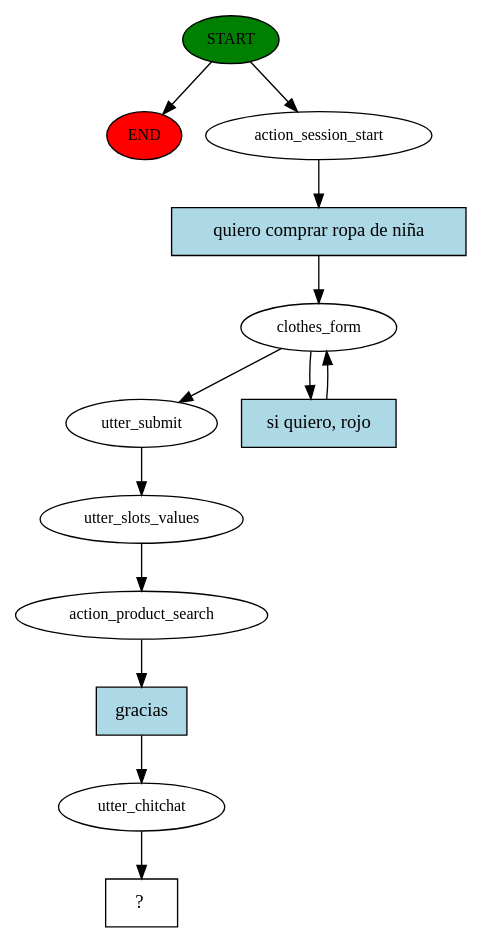
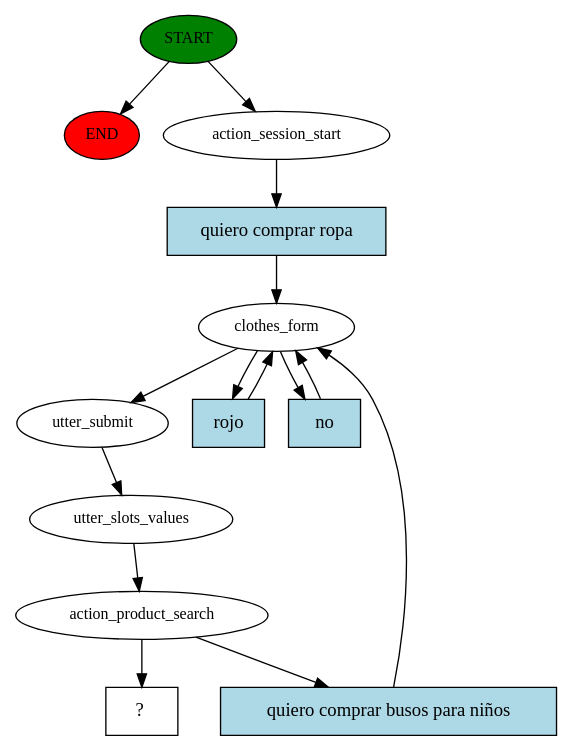
The diagram in chatbot/story_graph.dot (kabirivan/ChatBot-Clothes), drawn with Graphviz before and after one commit. The commit also changed 4 other files, not shown here.

```diff
--- a/chatbot/story_graph.dot
+++ b/chatbot/story_graph.dot
@@ -1,26 +1,28 @@
 digraph  {
 0 [class="start active", fillcolor=green, fontsize=12, label=START, style=filled];
 "-1" [class=end, fillcolor=red, fontsize=12, label=END, style=filled];
 1 [class=active, fontsize=12, label=action_session_start];
 2 [class=active, fontsize=12, label=clothes_form];
-6 [class=active, fontsize=12, label=utter_submit];
-7 [class=active, fontsize=12, label=utter_slots_values];
-8 [class=active, fontsize=12, label=action_product_search];
-9 [class=active, fontsize=12, label=utter_chitchat];
-10 [class="intent dashed active", label="  ?  ", shape=rect];
-11 [class="intent active", fillcolor=lightblue, label="quiero comprar ropa de niña", shape=rect, style=filled];
-12 [class="intent active", fillcolor=lightblue, label="si quiero, rojo", shape=rect, style=filled];
-13 [class="intent active", fillcolor=lightblue, label=gracias, shape=rect, style=filled];
+8 [class=active, fontsize=12, label=utter_submit];
+9 [class=active, fontsize=12, label=utter_slots_values];
+10 [class=active, fontsize=12, label=action_product_search];
+19 [class="intent dashed active", label="  ?  ", shape=rect];
+20 [class="intent active", fillcolor=lightblue, label="quiero comprar ropa", shape=rect, style=filled];
+21 [class="intent active", fillcolor=lightblue, label=rojo, shape=rect, style=filled];
+22 [class="intent active", fillcolor=lightblue, label=no, shape=rect, style=filled];
+23 [class="intent active", fillcolor=lightblue, label="quiero comprar busos para niños", shape=rect, style=filled];
 0 -> "-1"  [class="", key=NONE, label=""];
 0 -> 1  [class=active, key=NONE, label=""];
-1 -> 11  [class=active, key=0];
-2 -> 6  [class=active, key=NONE, label=""];
-2 -> 12  [class=active, key=0];
-6 -> 7  [class=active, key=NONE, label=""];
-7 -> 8  [class=active, key=NONE, label=""];
-8 -> 13  [class=active, key=0];
+1 -> 20  [class=active, key=0];
+2 -> 8  [class=active, key=NONE, label=""];
+2 -> 21  [class=active, key=0];
+2 -> 22  [class=active, key=0];
+8 -> 9  [class=active, key=NONE, label=""];
 9 -> 10  [class=active, key=NONE, label=""];
-11 -> 2  [class=active, key=0];
-12 -> 2  [class=active, key=0];
-13 -> 9  [class=active, key=0];
+10 -> 19  [class=active, key=NONE, label=""];
+10 -> 23  [class=active, key=0];
+20 -> 2  [class=active, key=0];
+21 -> 2  [class=active, key=0];
+22 -> 2  [class=active, key=0];
+23 -> 2  [class=active, key=0];
 }
```
